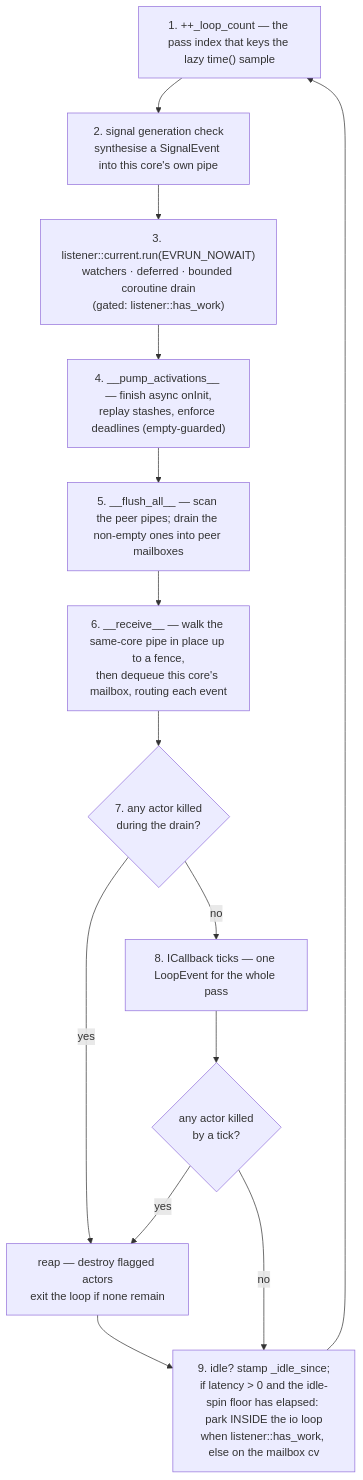
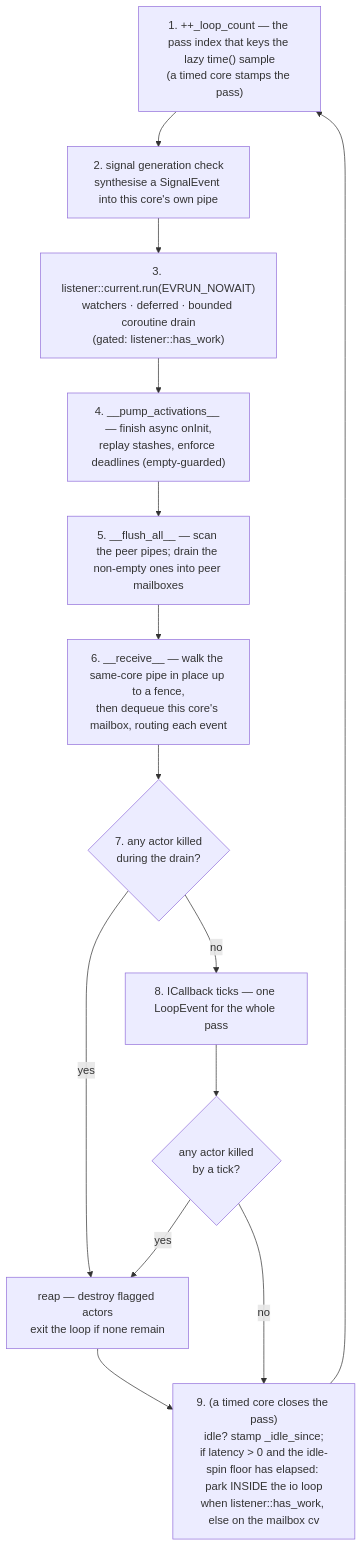
One commit to isndev/qb changed the second of 3 diagrams in readme/4_qb_core/engine.md. Above: the diagram before and after it, drawn with Mermaid. The commit also changed other lines of this file and 49 other files, not shown here.

````diff
--- a/readme/4_qb_core/engine.md
+++ b/readme/4_qb_core/engine.md
@@ -206,16 +206,16 @@
 ```mermaid
 flowchart TD
-    T["1. ++_loop_count — the pass index that keys the lazy time() sample"] --> S
+    T["1. ++_loop_count — the pass index that keys the lazy time() sample<br/>(a timed core stamps the pass)"] --> S
     S["2. signal generation check<br/>synthesise a SignalEvent into this core's own pipe"] --> IO
     IO["3. listener::current.run(EVRUN_NOWAIT)<br/>watchers · deferred · bounded coroutine drain<br/>(gated: listener::has_work)"] --> ACT
     ACT["4. __pump_activations__ — finish async onInit,<br/>replay stashes, enforce deadlines (empty-guarded)"] --> FL
     FL["5. __flush_all__ — scan the peer pipes; drain the non-empty ones into peer mailboxes"] --> RC
     RC["6. __receive__ — walk the same-core pipe in place up to a fence,<br/>then dequeue this core's mailbox, routing each event"] --> K1
     K1{"7. any actor killed<br/>during the drain?"} -->|yes| REAP
     K1 -->|no| CB
     CB["8. ICallback ticks — one LoopEvent for the whole pass"] --> K2
     K2{"any actor killed<br/>by a tick?"} -->|yes| REAP
     K2 -->|no| IDLE
     REAP["reap — destroy flagged actors<br/>exit the loop if none remain"] --> IDLE
-    IDLE["9. idle? stamp _idle_since;<br/>if latency &gt; 0 and the idle-spin floor has elapsed: park INSIDE the io loop<br/>when listener::has_work, else on the mailbox cv"] --> T
+    IDLE["9. (a timed core closes the pass)<br/>idle? stamp _idle_since;<br/>if latency &gt; 0 and the idle-spin floor has elapsed: park INSIDE the io loop<br/>when listener::has_work, else on the mailbox cv"] --> T
 ```
````
